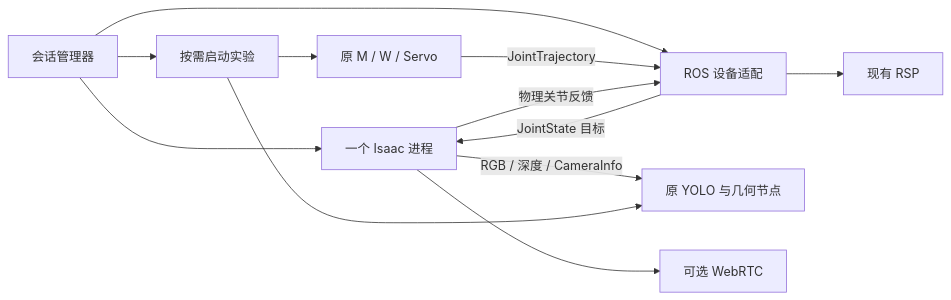
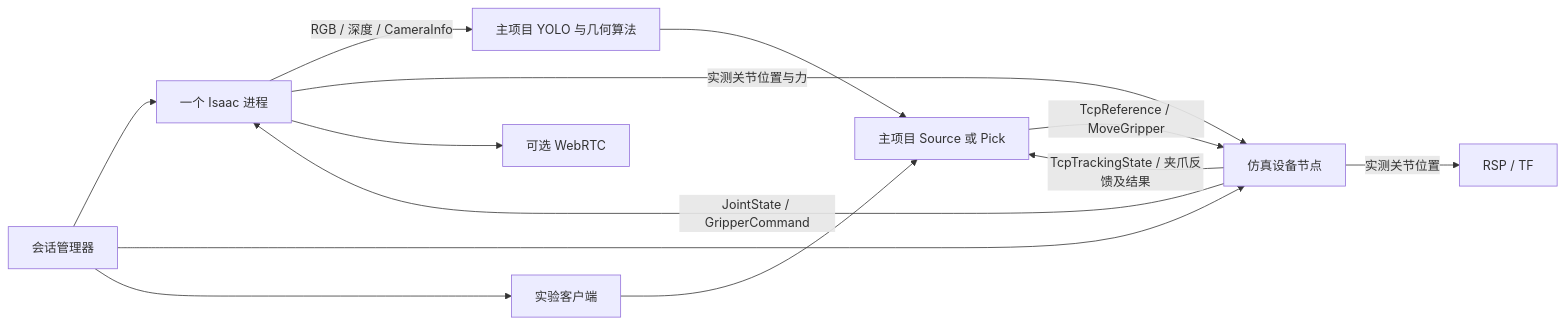
One commit to 2986002971/piper-sim-grasp changed the diagram in docs/architecture.md. Above: the diagram before and after it, drawn with Mermaid. The commit also changed other lines of this file and 54 other files, not shown here.

````diff
--- a/docs/architecture.md
+++ b/docs/architecture.md
@@ -21,14 +19,15 @@
 ```mermaid
 flowchart LR
   Manager[会话管理器] --> Isaac[一个 Isaac 进程]
-  Manager --> Adapter[ROS 设备适配]
-  Manager --> Experiment[按需启动实验]
-  Isaac -->|RGB / 深度 / CameraInfo| Perception[原 YOLO 与几何节点]
-  Experiment --> Perception
-  Experiment --> W[原 M / W / Servo]
-  W -->|JointTrajectory| Adapter
-  Adapter -->|JointState 目标| Isaac
-  Isaac -->|物理关节反馈| Adapter
-  Adapter --> RSP[现有 RSP]
+  Manager --> Driver[仿真设备节点]
+  Manager --> Experiment[实验客户端]
+  Experiment --> Business[主项目 Source 或 Pick]
+  Isaac -->|RGB / 深度 / CameraInfo| Perception[主项目 YOLO 与几何算法]
+  Perception --> Business
+  Business -->|TcpReference / MoveGripper| Driver
+  Driver -->|JointState / GripperCommand| Isaac
+  Isaac -->|实测关节位置与力| Driver
+  Driver -->|TcpTrackingState / 夹爪反馈及结果| Business
+  Driver -->|实测关节位置| RSP[RSP / TF]
   Isaac --> Stream[可选 WebRTC]
 ```
````
